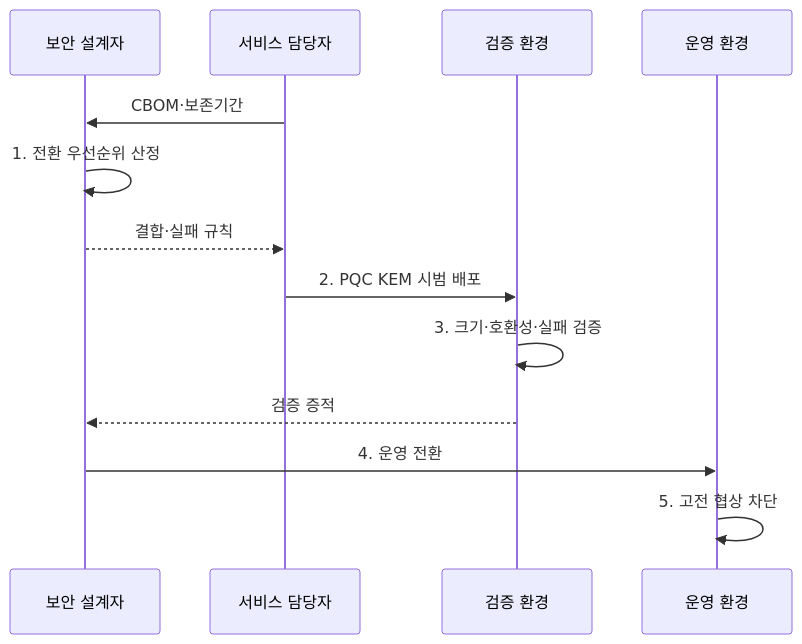
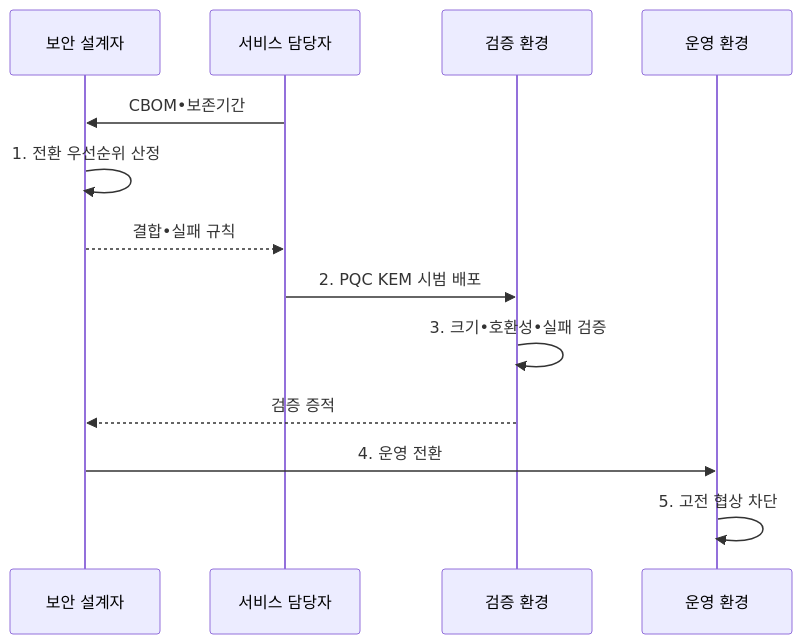
The second of 2 diagrams in src/content/docs/notes/05-security/013_pqc_migration_hybrid.md (agnusdei1207/knowledge-base), drawn with Mermaid before and after one commit. The commit also changed other lines of this file and 953 other files, not shown here.

````diff
--- a/src/content/docs/notes/05-security/013_pqc_migration_hybrid.md
+++ b/src/content/docs/notes/05-security/013_pqc_migration_hybrid.md
@@ -104,15 +104,15 @@
 ```mermaid
 sequenceDiagram
     participant A as 보안 설계자
     participant O as 서비스 담당자
     participant T as 검증 환경
     participant P as 운영 환경
-    O->>A: CBOM·보존기간
+    O->>A: CBOM•보존기간
     A->>A: 1. 전환 우선순위 산정
-    A-->>O: 결합·실패 규칙
+    A-->>O: 결합•실패 규칙
     O->>T: 2. PQC KEM 시범 배포
-    T->>T: 3. 크기·호환성·실패 검증
+    T->>T: 3. 크기•호환성•실패 검증
     T-->>A: 검증 증적
     A->>P: 4. 운영 전환
     P->>P: 5. 고전 협상 차단
 ```
````
